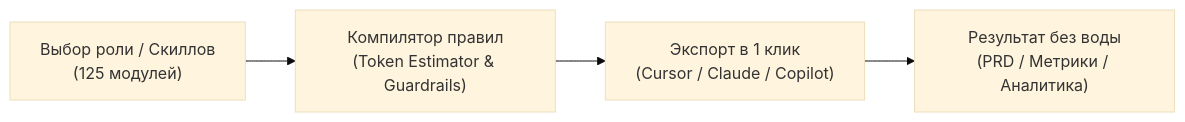
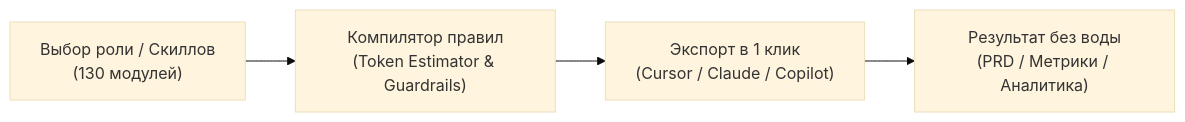
One commit to Anton-Creates/pdm-skills-agent changed the diagram in README.md. Above: the diagram before and after it, drawn with Mermaid (base theme). The commit also changed other lines of this file and 34 other files, not shown here.

````diff
--- a/README.md
+++ b/README.md
@@ -16,6 +16,6 @@
 ```mermaid
 flowchart LR
-    A["Выбор роли / Скиллов\n(125 модулей)"] --> B["Компилятор правил\n(Token Estimator & Guardrails)"]
+    A["Выбор роли / Скиллов\n(130 модулей)"] --> B["Компилятор правил\n(Token Estimator & Guardrails)"]
     B --> C["Экспорт в 1 клик\n(Cursor / Claude / Copilot)"]
     C --> D["Результат без воды\n(PRD / Метрики / Аналитика)"]
 ```
````
